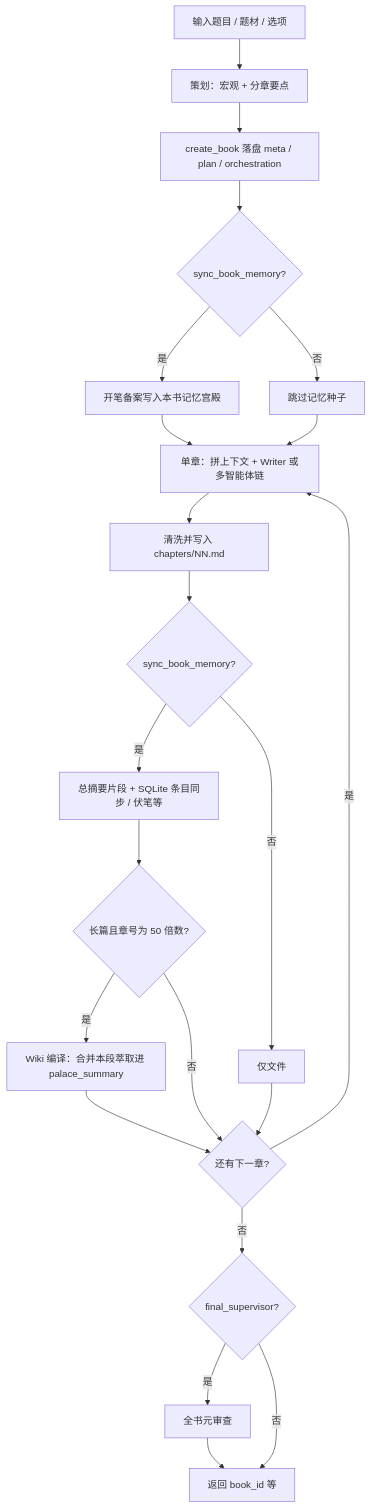
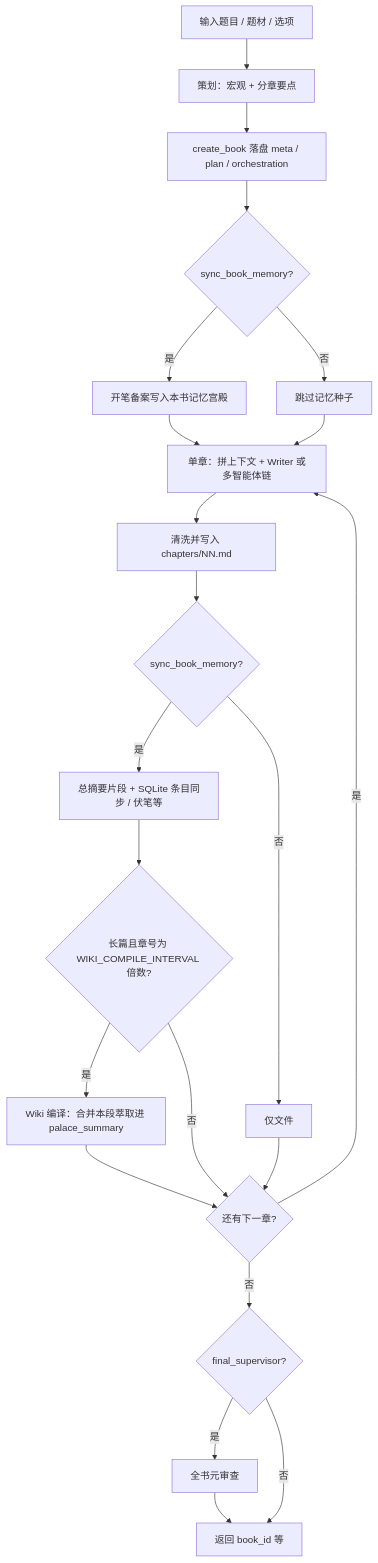
The third of 6 diagrams in docs/ARCHITECTURE_AND_FLOWS.md (02heng/AI-writer), drawn with Mermaid before and after one commit. The commit also changed other lines of this file and 23 other files, not shown here.

````diff
--- a/docs/ARCHITECTURE_AND_FLOWS.md
+++ b/docs/ARCHITECTURE_AND_FLOWS.md
@@ -77,24 +77,24 @@
 ```mermaid
 flowchart TD
   A[输入题目 / 题材 / 选项] --> B[策划：宏观 + 分章要点]
   B --> C[create_book 落盘 meta / plan / orchestration]
   C --> D{sync_book_memory?}
   D -->|是| E[开笔备案写入本书记忆宫殿]
   D -->|否| F[跳过记忆种子]
   E --> G[单章：拼上下文 + Writer 或多智能体链]
   F --> G
   G --> H[清洗并写入 chapters/NN.md]
   H --> I{sync_book_memory?}
   I -->|是| J[总摘要片段 + SQLite 条目同步 / 伏笔等]
   I -->|否| K[仅文件]
-  J --> L{长篇且章号为 50 倍数?}
+  J --> L{长篇且章号为 WIKI_COMPILE_INTERVAL 倍数?}
   L -->|是| M[Wiki 编译：合并本段萃取进 palace_summary]
   L -->|否| N{还有下一章?}
   K --> N
   M --> N
   N -->|是| G
   N -->|否| O{final_supervisor?}
   O -->|是| P[全书元审查]
   O -->|否| Q[返回 book_id 等]
   P --> Q
 ```
````
